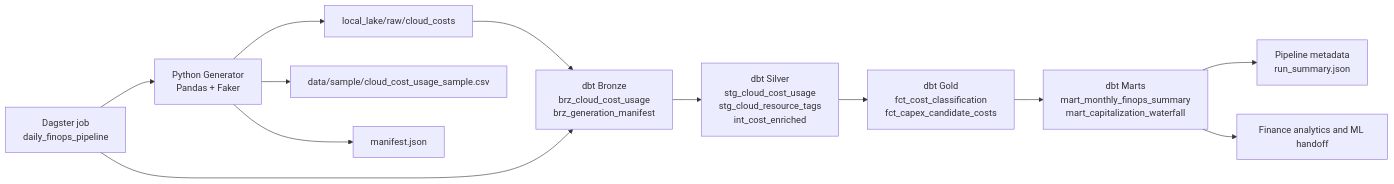
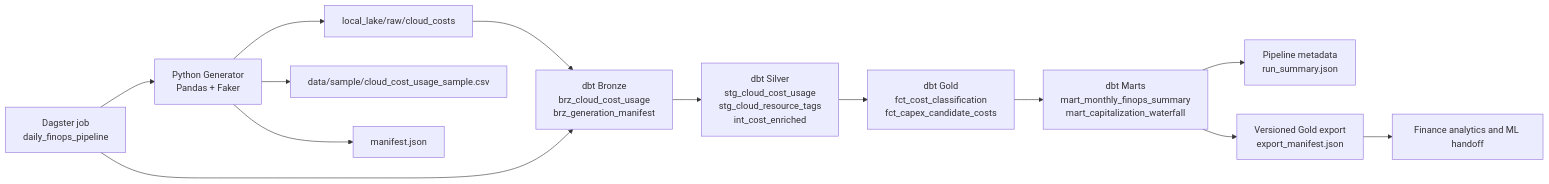
Before and after one commit to brunoramosmartins/finops-cost-capitalization-pipeline: the first of 2 diagrams in README.md, drawn with Mermaid. The commit also changed other lines of this file and 22 other files, not shown here.

Commit message:
feat(product): implement phase 4 gold exports and ml handoff

````diff
--- a/README.md
+++ b/README.md
@@ -50,14 +54,15 @@
 ```mermaid
 flowchart LR
     A[Python Generator<br/>Pandas + Faker] --> B[local_lake/raw/cloud_costs]
     A --> C[data/sample/cloud_cost_usage_sample.csv]
     A --> D[manifest.json]
     B --> E[dbt Bronze<br/>brz_cloud_cost_usage<br/>brz_generation_manifest]
     E --> F[dbt Silver<br/>stg_cloud_cost_usage<br/>stg_cloud_resource_tags<br/>int_cost_enriched]
     F --> G[dbt Gold<br/>fct_cost_classification<br/>fct_capex_candidate_costs]
     G --> H[dbt Marts<br/>mart_monthly_finops_summary<br/>mart_capitalization_waterfall]
     H --> I[Pipeline metadata<br/>run_summary.json]
-    H --> J[Finance analytics and ML handoff]
-    K[Dagster job<br/>daily_finops_pipeline] --> A
-    K --> E
+    H --> J[Versioned Gold export<br/>export_manifest.json]
+    J --> K[Finance analytics and ML handoff]
+    L[Dagster job<br/>daily_finops_pipeline] --> A
+    L --> E
 ```
````
